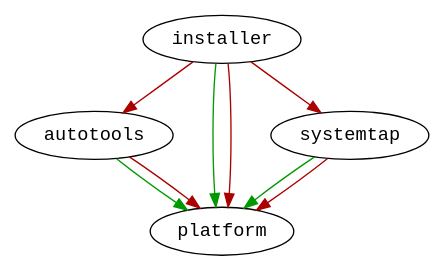
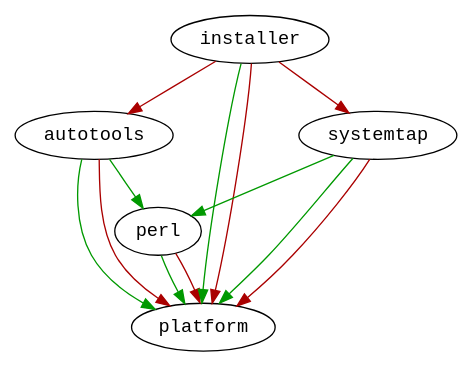
The diagram in img/module-deps.dot (fedora-modularity/dependency-report), drawn with Graphviz before and after one commit. The commit also changed 431 other files, not shown here.

```diff
--- a/img/module-deps.dot
+++ b/img/module-deps.dot
@@ -1,11 +1,15 @@
 digraph G {
   node [fontname=monospace];
   "autotools" -> "platform" [color="#009900"];
+  "autotools" -> "perl" [color="#009900"];
   "autotools" -> "platform" [color="#aa0000"];
   "installer" -> "platform" [color="#009900"];
   "installer" -> "platform" [color="#aa0000"];
   "installer" -> "systemtap" [color="#aa0000"];
   "installer" -> "autotools" [color="#aa0000"];
+  "perl" -> "platform" [color="#009900"];
+  "perl" -> "platform" [color="#aa0000"];
   "systemtap" -> "platform" [color="#009900"];
+  "systemtap" -> "perl" [color="#009900"];
   "systemtap" -> "platform" [color="#aa0000"];
 }
```
